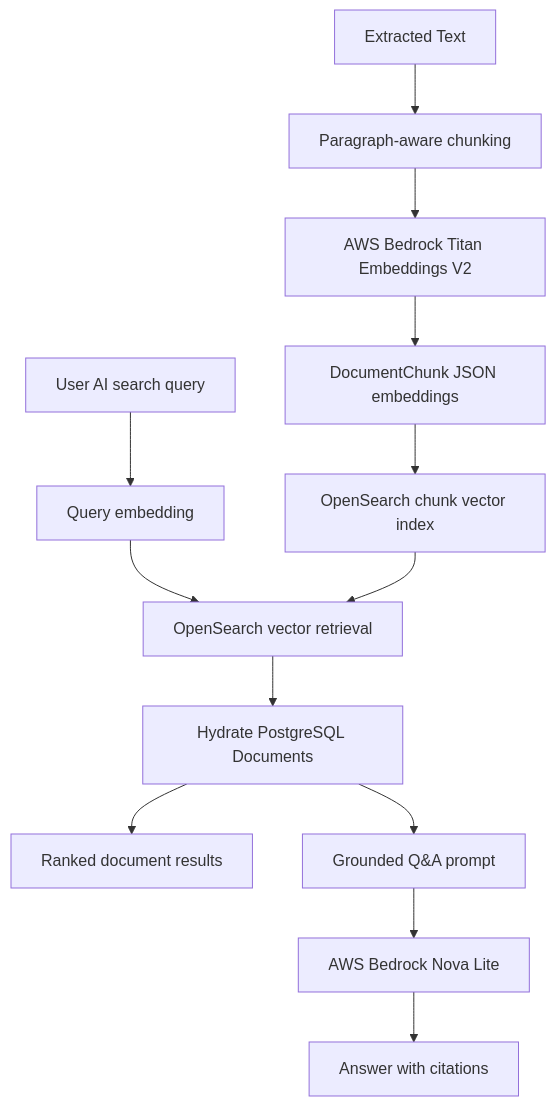
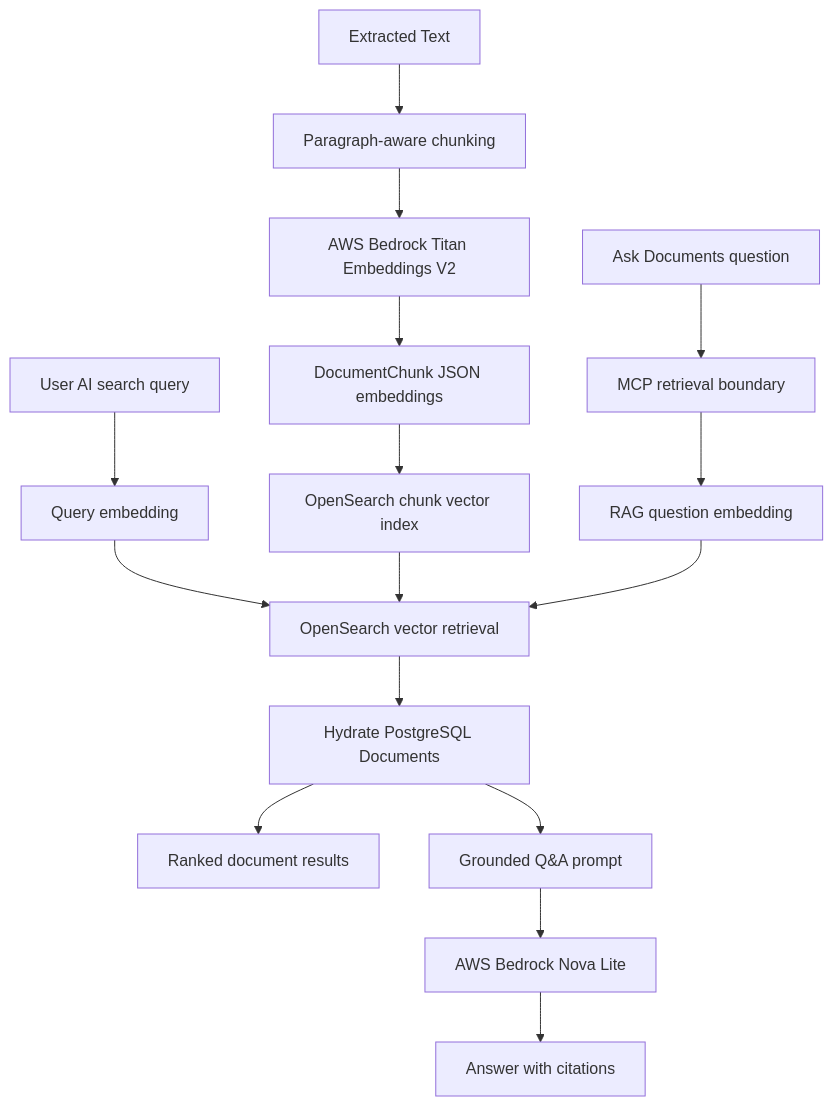
The fifth of 5 diagrams in docs/ai-workflow.md (khaliqueaws-creator/document-management), drawn with Mermaid before and after one commit. The commit also changed other lines of this file and 16 other files, not shown here.

Commit message:
Add MCP retrieval observability

````diff
--- a/docs/ai-workflow.md
+++ b/docs/ai-workflow.md
@@ -188,15 +188,18 @@
 ```mermaid
 flowchart TB
     Extracted[Extracted Text] --> Chunk[Paragraph-aware chunking]
     Chunk --> Titan[AWS Bedrock Titan Embeddings V2]
     Titan --> Store[DocumentChunk JSON embeddings]
     Query[User AI search query] --> QueryEmbedding[Query embedding]
+    AskQuery[Ask Documents question] --> MCP[MCP retrieval boundary]
+    MCP --> RAGEmbedding[RAG question embedding]
     Store --> Index[OpenSearch chunk vector index]
     QueryEmbedding --> Search[OpenSearch vector retrieval]
     Index --> Search
+    RAGEmbedding --> Search
     Search --> Hydrate[Hydrate PostgreSQL Documents]
     Hydrate --> Results[Ranked document results]
     Hydrate --> RAGPrompt[Grounded Q&A prompt]
     RAGPrompt --> Generator[AWS Bedrock Nova Lite]
     Generator --> Answer[Answer with citations]
 ```
````
